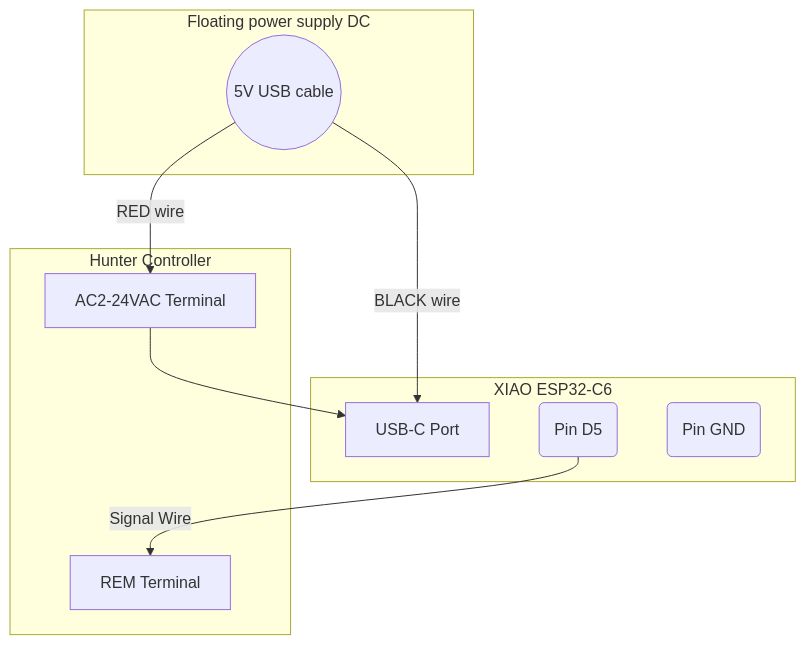
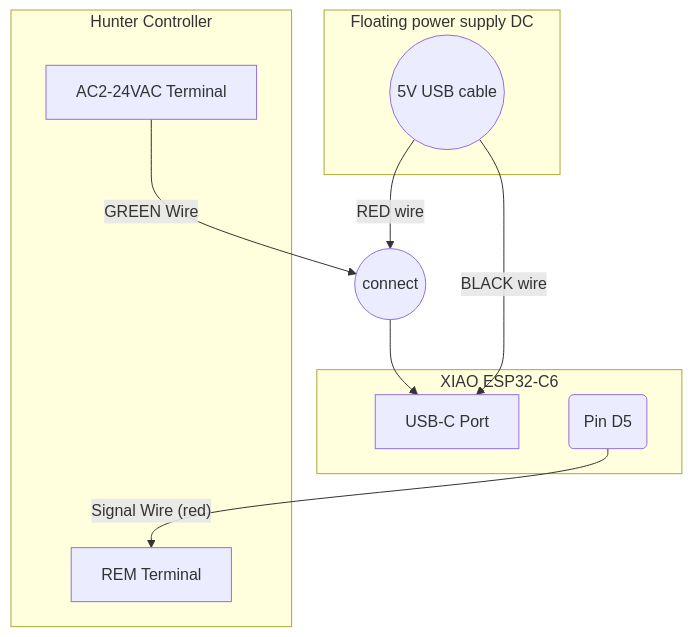
Before and after one commit to komal-SkyNET/zigbee-irrigation-controller: the diagram in README.md, drawn with Mermaid. The commit also changed other lines of this file and 7 other files, not shown here.

````diff
--- a/README.md
+++ b/README.md
@@ -46,21 +48,22 @@
 ```mermaid
 graph TD
     subgraph Floating power supply DC
         A((5V USB cable))
     end
 
     subgraph "XIAO ESP32-C6"
         B[USB-C Port]
         C(Pin D5)
-        D(Pin GND)
     end
-
+    J((connect))
     subgraph "Hunter Controller"
         E[REM Terminal]
         F[AC2-24VAC Terminal]
     end
 
+    A -- RED wire --> J
     A -- BLACK wire --> B
-    C -- Signal Wire --> E
-    A -- RED wire --> F --> B
+    C -- Signal Wire (red) --> E
+    F -- GREEN Wire --> J
+    J --> B
 ```
````
